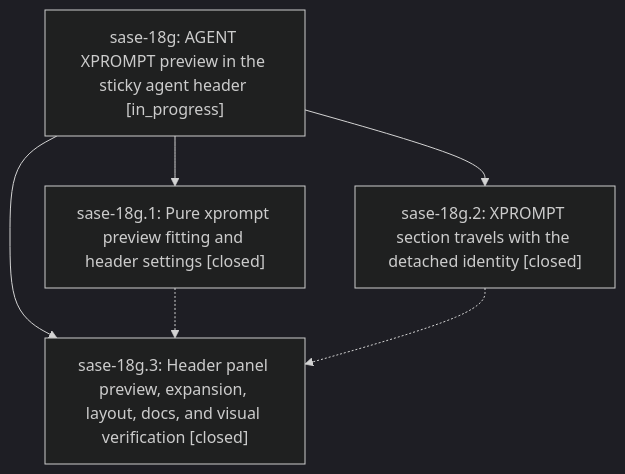
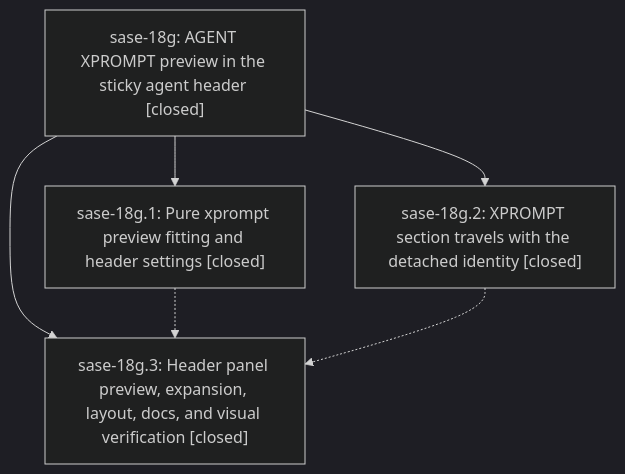
One commit to sase-org/sase--beads changed the diagram in pages/sase-18g/README.md. Above: the diagram before and after it, drawn with Mermaid (dark theme). The commit also changed other lines of this file and 1 other file, not shown here.

First line of the commit message:
chore(beads): sync bead state and pages for sase-18g

````diff
--- a/pages/sase-18g/README.md
+++ b/pages/sase-18g/README.md
@@ -24,12 +28,12 @@
 ```mermaid
 flowchart TD
-    n0["sase-18g: AGENT XPROMPT preview in the sticky agent header [in_progress]"]
+    n0["sase-18g: AGENT XPROMPT preview in the sticky agent header [closed]"]
     n1["sase-18g.1: Pure xprompt preview fitting and header settings [closed]"]
     n2["sase-18g.2: XPROMPT section travels with the detached identity [closed]"]
     n3["sase-18g.3: Header panel preview, expansion, layout, docs, and visual verification [closed]"]
     n0 --> n1
     n0 --> n2
     n0 --> n3
     n1 -.-> n3
     n2 -.-> n3
 ```
````
